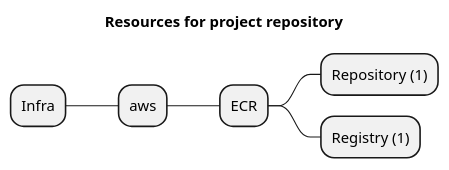
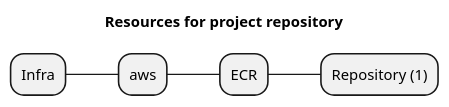
The diagram in examples/aws/ecr/repository/artifacts/resources-mindmap.puml (grucloud/grucloud), drawn with PlantUML before and after one commit. The commit also changed 288 other files, not shown here.

```diff
--- a/examples/aws/ecr/repository/artifacts/resources-mindmap.puml
+++ b/examples/aws/ecr/repository/artifacts/resources-mindmap.puml
@@ -1,9 +1,8 @@
 @startmindmap
 title Resources for project repository
 skinparam monochrome true
 + Infra
 ++ aws
 +++ ECR
 ++++ Repository (1)
-++++ Registry (1)
 @endmindmap
```
